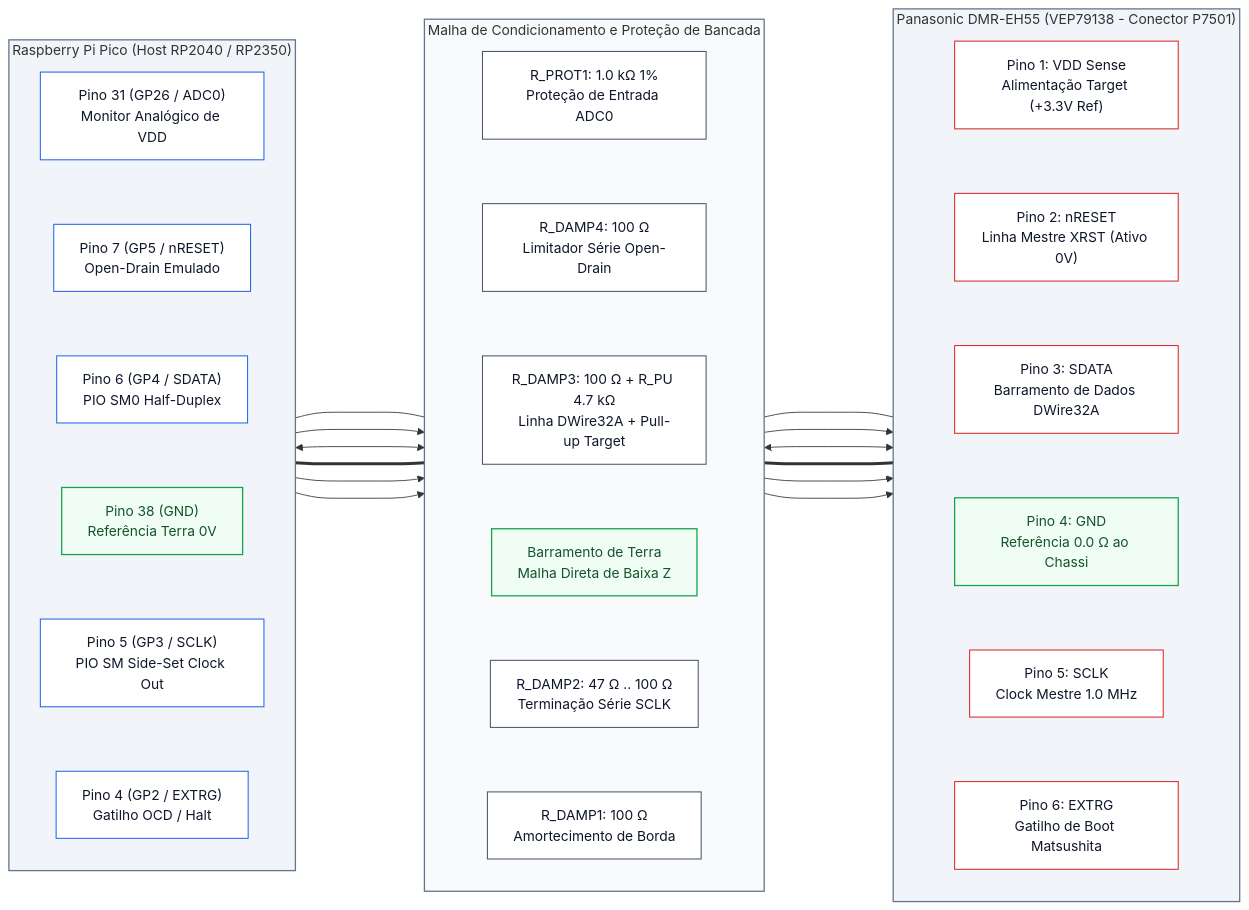
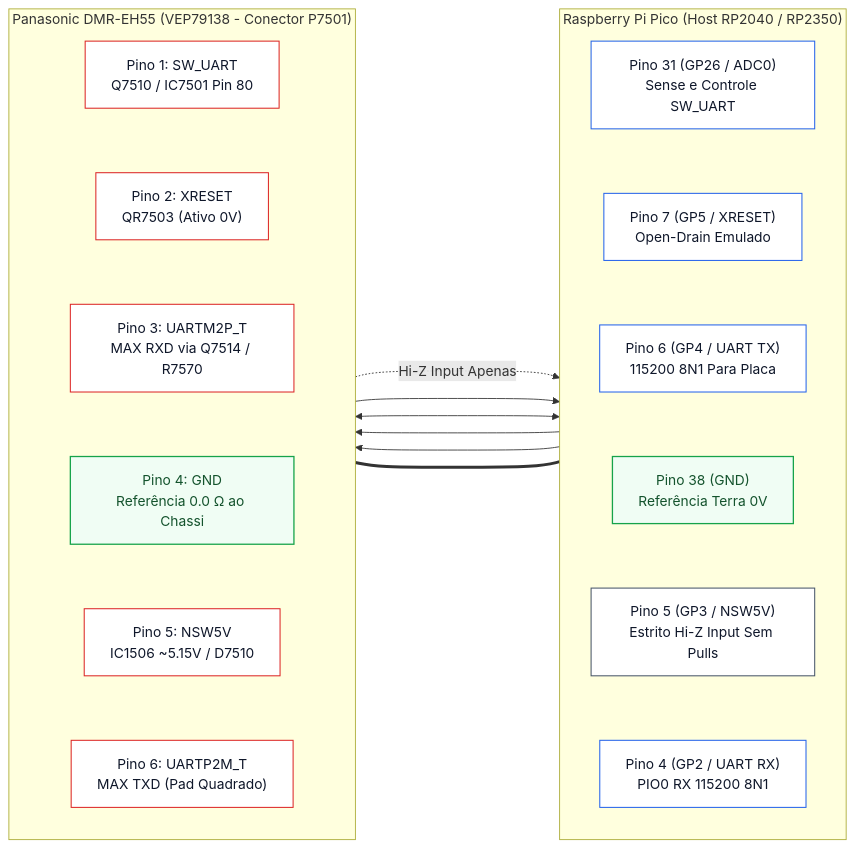
One commit to danielchrono/Panadiga changed the diagram in docs/pt-BR/BLUEPRINT_ESQUEMA_ELETRICO_BANCADA.md. Above: the diagram before and after it, drawn with Mermaid. The commit also changed other lines of this file and 775 other files, not shown here.

````diff
--- a/docs/pt-BR/BLUEPRINT_ESQUEMA_ELETRICO_BANCADA.md
+++ b/docs/pt-BR/BLUEPRINT_ESQUEMA_ELETRICO_BANCADA.md
@@ -100,54 +97,38 @@
 ```mermaid
 flowchart LR
     classDef hostNode fill:#ffffff,stroke:#2563eb,stroke-width:1.2px,color:#0f172a;
     classDef condNode fill:#ffffff,stroke:#475569,stroke-width:1.2px,color:#0f172a;
     classDef targetNode fill:#ffffff,stroke:#dc2626,stroke-width:1.2px,color:#0f172a;
     classDef gndNode fill:#f0fdf4,stroke:#16a34a,stroke-width:1.5px,color:#14532d;
 
     subgraph RP2040["Raspberry Pi Pico (Host RP2040 / RP2350)"]
         direction TB
-        PICO_VDD["Pino 31 (GP26 / ADC0)<br/>Monitor Analógico de VDD"]:::hostNode
-        PICO_RST["Pino 7 (GP5 / nRESET)<br/>Open-Drain Emulado"]:::hostNode
-        PICO_DAT["Pino 6 (GP4 / SDATA)<br/>PIO SM0 Half-Duplex"]:::hostNode
+        PICO_SW["Pino 31 (GP26 / ADC0)<br/>Sense e Controle SW_UART"]:::hostNode
+        PICO_RST["Pino 7 (GP5 / XRESET)<br/>Open-Drain Emulado"]:::hostNode
+        PICO_TX["Pino 6 (GP4 / UART TX)<br/>115200 8N1 Para Placa"]:::hostNode
         PICO_GND["Pino 38 (GND)<br/>Referência Terra 0V"]:::gndNode
-        PICO_CLK["Pino 5 (GP3 / SCLK)<br/>PIO SM Side-Set Clock Out"]:::hostNode
-        PICO_TRG["Pino 4 (GP2 / EXTRG)<br/>Gatilho OCD / Halt"]:::hostNode
+        PICO_NSW["Pino 5 (GP3 / NSW5V)<br/>Estrito Hi-Z Input Sem Pulls"]:::condNode
+        PICO_RX["Pino 4 (GP2 / UART RX)<br/>PIO0 RX 115200 8N1"]:::hostNode
 
-        PICO_VDD ~~~ PICO_RST ~~~ PICO_DAT ~~~ PICO_GND ~~~ PICO_CLK ~~~ PICO_TRG
-    end
-
-    subgraph Conditioning["Malha de Condicionamento e Proteção de Bancada"]
-        direction TB
-        R_PROT["R_PROT1: 1.0 kΩ 1%<br/>Proteção de Entrada ADC0"]:::condNode
-        R_RST["R_DAMP4: 100 Ω<br/>Limitador Série Open-Drain"]:::condNode
-        R_DAT["R_DAMP3: 100 Ω + R_PU 4.7 kΩ<br/>Linha DWire32A + Pull-up Target"]:::condNode
-        GND_BUS["Barramento de Terra<br/>Malha Direta de Baixa Z"]:::gndNode
-        R_CLK["R_DAMP2: 47 Ω .. 100 Ω<br/>Terminação Série SCLK"]:::condNode
-        R_TRG["R_DAMP1: 100 Ω<br/>Amortecimento de Borda"]:::condNode
-
-        R_PROT ~~~ R_RST ~~~ R_DAT ~~~ GND_BUS ~~~ R_CLK ~~~ R_TRG
+        PICO_SW ~~~ PICO_RST ~~~ PICO_TX ~~~ PICO_GND ~~~ PICO_NSW ~~~ PICO_RX
     end
 
     subgraph VEP79138["Panasonic DMR-EH55 (VEP79138 - Conector P7501)"]
         direction TB
-        CN_VDD["Pino 1: VDD Sense<br/>Alimentação Target (+3.3V Ref)"]:::targetNode
-        CN_RST["Pino 2: nRESET<br/>Linha Mestre XRST (Ativo 0V)"]:::targetNode
-        CN_DAT["Pino 3: SDATA<br/>Barramento de Dados DWire32A"]:::targetNode
-        CN_GND["Pino 4: GND<br/>Referência 0.0 Ω ao Chassi"]:::gndNode
-        CN_CLK["Pino 5: SCLK<br/>Clock Mestre 1.0 MHz"]:::targetNode
-        CN_TRG["Pino 6: EXTRG<br/>Gatilho de Boot Matsushita"]:::targetNode
+        CN_1["Pino 1: SW_UART<br/>Q7510 / IC7501 Pin 80"]:::targetNode
+        CN_2["Pino 2: XRESET<br/>QR7503 (Ativo 0V)"]:::targetNode
+        CN_3["Pino 3: UARTM2P_T<br/>MAX RXD via Q7514 / R7570"]:::targetNode
+        CN_4["Pino 4: GND<br/>Referência 0.0 Ω ao Chassi"]:::gndNode
+        CN_5["Pino 5: NSW5V<br/>IC1506 ~5.15V / D7510"]:::targetNode
+        CN_6["Pino 6: UARTP2M_T<br/>MAX TXD (Pad Quadrado)"]:::targetNode
 
-        CN_VDD ~~~ CN_RST ~~~ CN_DAT ~~~ CN_GND ~~~ CN_CLK ~~~ CN_TRG
+        CN_1 ~~~ CN_2 ~~~ CN_3 ~~~ CN_4 ~~~ CN_5 ~~~ CN_6
     end
 
-    PICO_VDD <--- R_PROT <--- CN_VDD
-    PICO_RST ---> R_RST ---> CN_RST
-    PICO_DAT <---> R_DAT <---> CN_DAT
-    PICO_GND ===== GND_BUS ===== CN_GND
-    PICO_CLK ---> R_CLK ---> CN_CLK
-    PICO_TRG ---> R_TRG ---> CN_TRG
-
-    style RP2040 fill:#f1f5f9,stroke:#64748b,stroke-width:1.5px
-    style Conditioning fill:#f8fafc,stroke:#64748b,stroke-width:1.5px
-    style VEP79138 fill:#f1f5f9,stroke:#64748b,stroke-width:1.5px
+    PICO_SW <---> CN_1
+    PICO_RST ---> CN_2
+    PICO_TX ---> CN_3
+    PICO_GND === CN_4
+    CN_5 -.->|"Hi-Z Input Apenas"| PICO_NSW
+    CN_6 ---> PICO_RX
 ```
````
